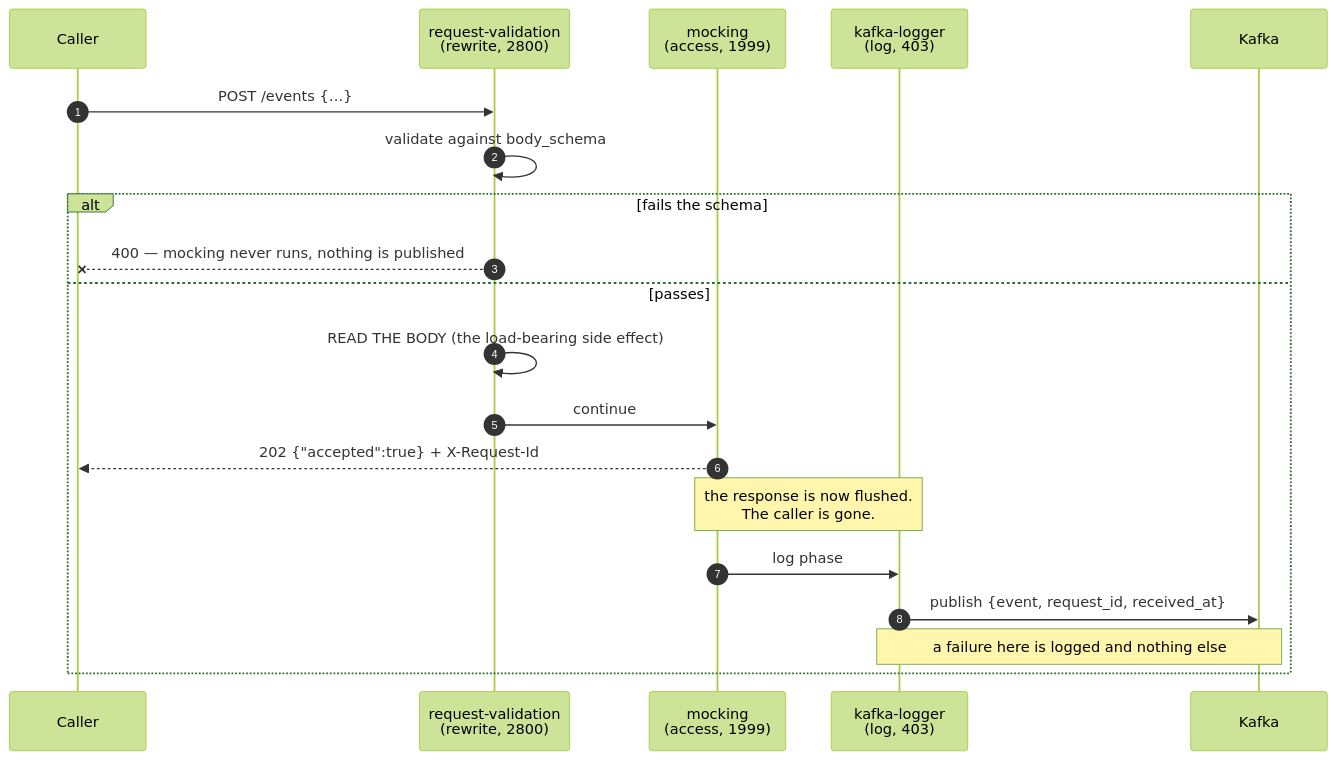
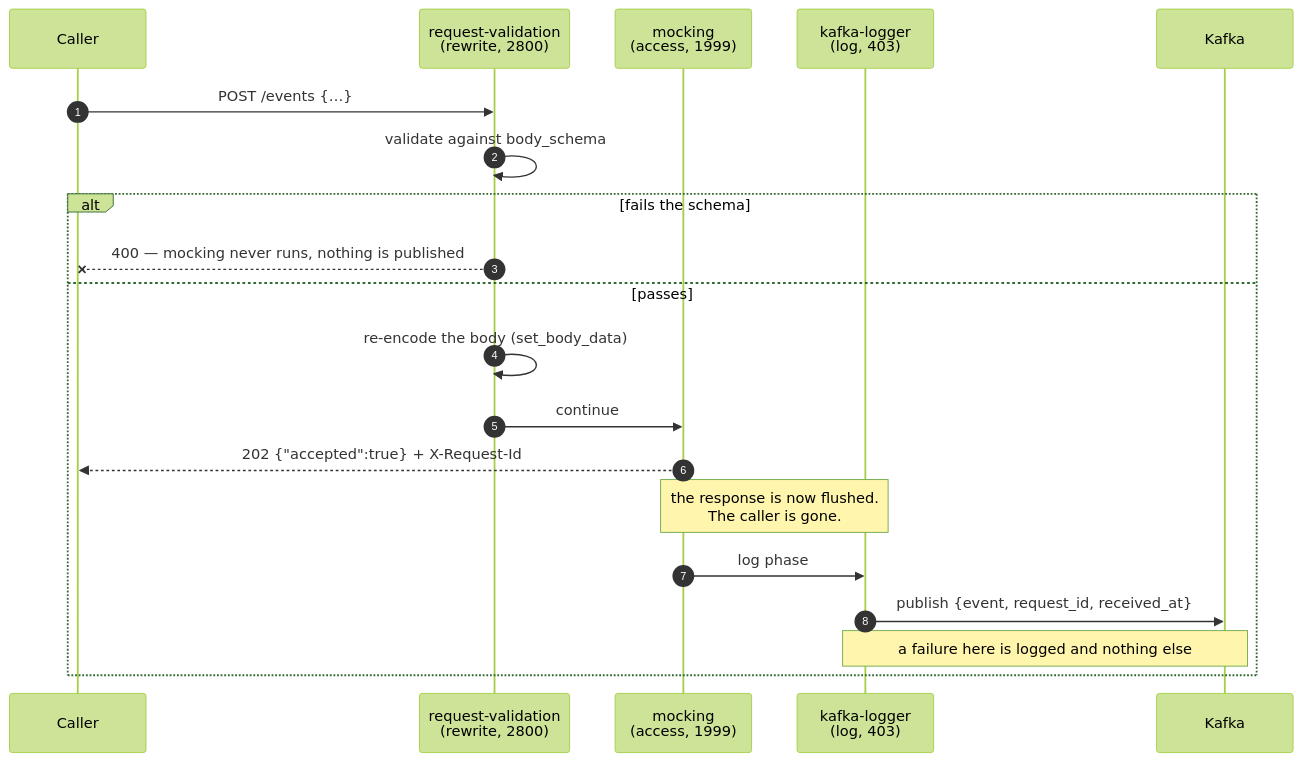
Before and after one commit to digitalapicraft/api-gateway-solutions: the second of 2 diagrams in solutions/07-http-to-kafka/README.md, drawn with Mermaid (forest theme). The commit also changed other lines of this file and 9 other files, not shown here.

````diff
--- a/solutions/07-http-to-kafka/README.md
+++ b/solutions/07-http-to-kafka/README.md
@@ -88,23 +88,23 @@
 ```mermaid
 sequenceDiagram
     autonumber
     participant C as Caller
     participant RV as request-validation<br/>(rewrite, 2800)
     participant M as mocking<br/>(access, 1999)
     participant KL as kafka-logger<br/>(log, 403)
     participant K as Kafka
 
     C->>RV: POST /events {…}
     RV->>RV: validate against body_schema
     alt fails the schema
         RV--xC: 400 — mocking never runs, nothing is published
     else passes
-        RV->>RV: READ THE BODY (the load-bearing side effect)
+        RV->>RV: re-encode the body (set_body_data)
         RV->>M: continue
         M-->>C: 202 {"accepted":true} + X-Request-Id
         Note over M,KL: the response is now flushed.<br/>The caller is gone.
         M->>KL: log phase
         KL->>K: publish {event, request_id, received_at}
         Note over KL,K: a failure here is logged and nothing else
     end
 ```
````
